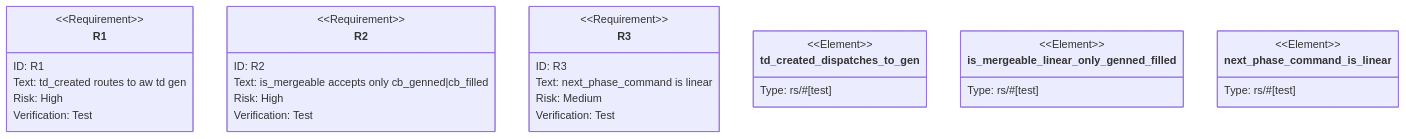
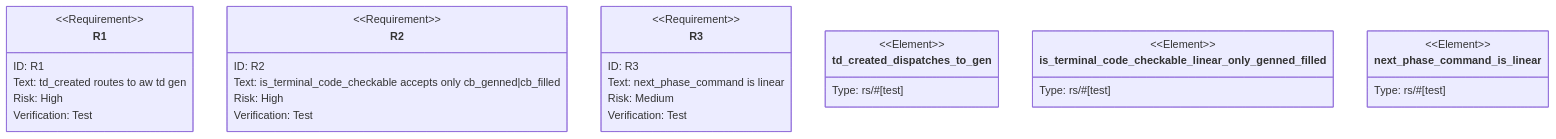
Before and after one commit to chrischeng-c4/axiom: the second of 2 diagrams in projects/agentic-workflow/tech-design/logic/remove-td-cb-crrr-collapse-to-linear-lifecycle.md, drawn with Mermaid. The commit also changed other lines of this file and 65 other files, not shown here.

````diff
--- a/projects/agentic-workflow/tech-design/logic/remove-td-cb-crrr-collapse-to-linear-lifecycle.md
+++ b/projects/agentic-workflow/tech-design/logic/remove-td-cb-crrr-collapse-to-linear-lifecycle.md
@@ -55,66 +55,66 @@
 ```mermaid
 ---
 id: crrr-removal-unit-tests
 requirements:
   create_to_gen:
     id: R1
     text: "After create, the linear lifecycle routes td_created straight to `aw td gen` (no review step)."
     kind: functional
     risk: high
     verify: test
-  mergeable_linear:
+  terminal_code_checkable_linear:
     id: R2
-    text: "is_mergeable accepts only cb_genned and cb_filled; non-code phases (td_inited/td_created) are not mergeable."
+    text: "is_terminal_code_checkable accepts only cb_genned and cb_filled; non-code phases (td_inited/td_created) are not terminal-code-checkable."
     kind: functional
     risk: high
     verify: test
   linear_chain:
     id: R3
-    text: "next_phase_command encodes the linear chain: cb_genned -> aw cb fill, cb_filled -> aw td merge."
+    text: "next_phase_command encodes the linear chain: cb_genned -> aw cb fill, cb_filled -> aw td code-check."
     kind: functional
     risk: medium
     verify: test
 elements:
   td_created_dispatches_to_gen:
     kind: test
     type: "rs/#[test]"
-  is_mergeable_linear_only_genned_filled:
+  is_terminal_code_checkable_linear_only_genned_filled:
     kind: test
     type: "rs/#[test]"
   next_phase_command_is_linear:
     kind: test
     type: "rs/#[test]"
 relations:
   - { from: td_created_dispatches_to_gen, verifies: create_to_gen }
-  - { from: is_mergeable_linear_only_genned_filled, verifies: mergeable_linear }
+  - { from: is_terminal_code_checkable_linear_only_genned_filled, verifies: terminal_code_checkable_linear }
   - { from: next_phase_command_is_linear, verifies: linear_chain }
 ---
 requirementDiagram
     requirement R1 {
       id: R1
       text: "td_created routes to aw td gen"
       risk: high
       verifymethod: test
     }
     requirement R2 {
       id: R2
-      text: "is_mergeable accepts only cb_genned|cb_filled"
+      text: "is_terminal_code_checkable accepts only cb_genned|cb_filled"
       risk: high
       verifymethod: test
     }
     requirement R3 {
       id: R3
       text: "next_phase_command is linear"
       risk: medium
       verifymethod: test
     }
     element td_created_dispatches_to_gen {
       type: "rs/#[test]"
     }
-    element is_mergeable_linear_only_genned_filled {
+    element is_terminal_code_checkable_linear_only_genned_filled {
       type: "rs/#[test]"
     }
     element next_phase_command_is_linear {
       type: "rs/#[test]"
     }
 ```
````
